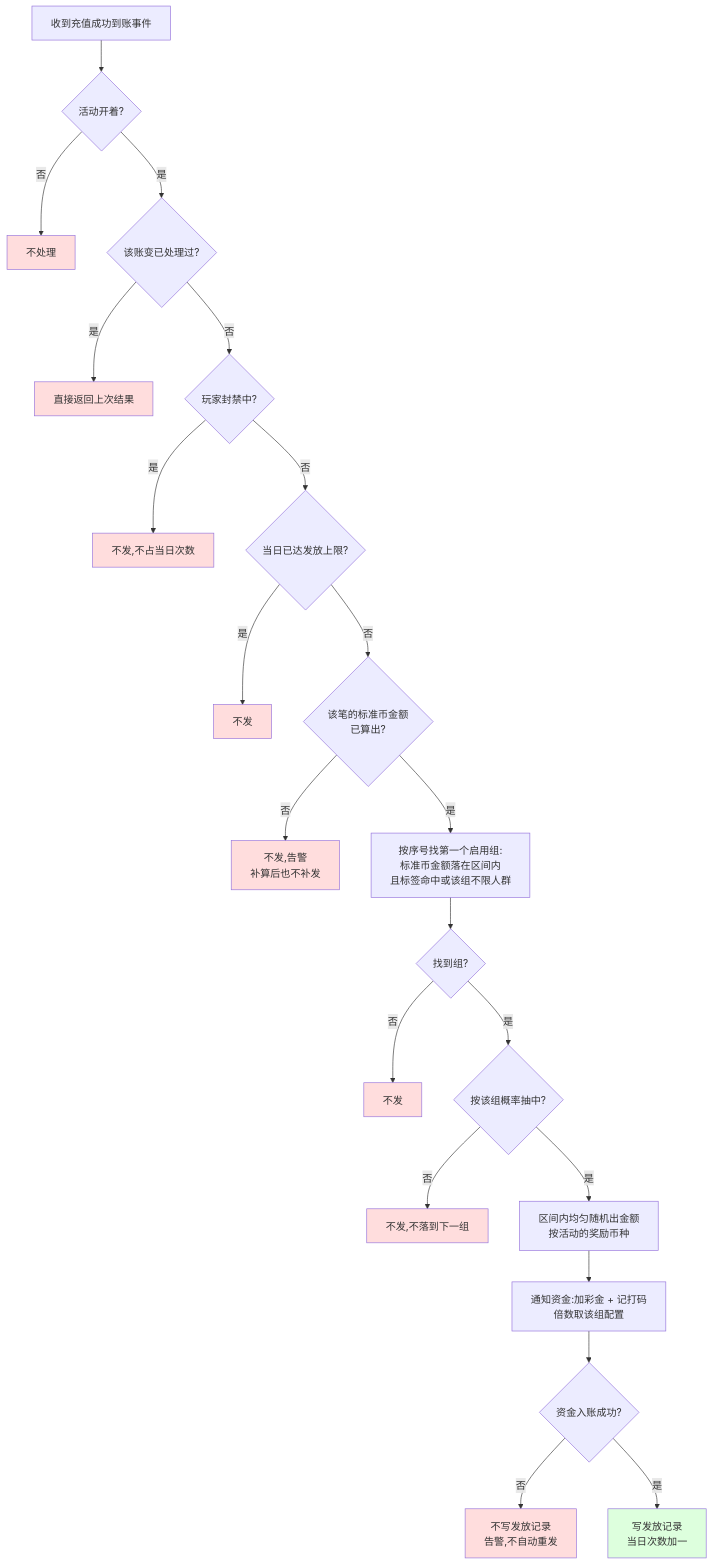
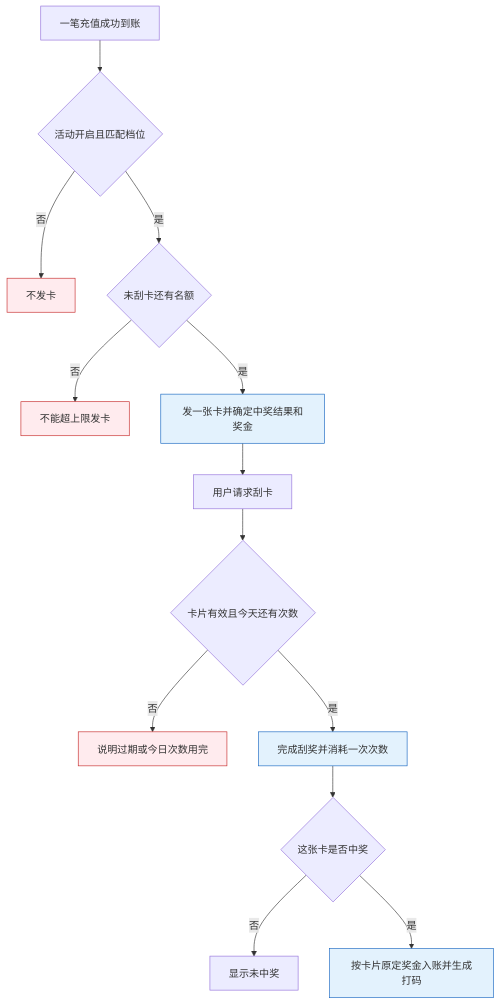
Before and after one commit to bingo-lab-1/bingo-figma: the diagram in M4-活动管理/4.4-刮刮乐/README.md, drawn with Mermaid. The commit also changed other lines of this file and 50 other files, not shown here.

````diff
--- a/M4-活动管理/4.4-刮刮乐/README.md
+++ b/M4-活动管理/4.4-刮刮乐/README.md
@@ -243,32 +111,19 @@
 ```mermaid
 flowchart TD
-    A[收到充值成功到账事件] --> B{活动开着?}
-    B -- 否 --> X1[不处理]
-    B -- 是 --> C{该账变已处理过?}
-    C -- 是 --> X2[直接返回上次结果]
-    C -- 否 --> D{玩家封禁中?}
-    D -- 是 --> X3[不发,不占当日次数]
-    D -- 否 --> E{当日已达发放上限?}
-    E -- 是 --> X4[不发]
-    E -- 否 --> N{该笔的标准币金额<br/>已算出?}
-    N -- 否 --> X8[不发,告警<br/>补算后也不补发]
-    N -- 是 --> F[按序号找第一个启用组:<br/>标准币金额落在区间内<br/>且标签命中或该组不限人群]
-    F --> G{找到组?}
-    G -- 否 --> X5[不发]
-    G -- 是 --> H{按该组概率抽中?}
-    H -- 否 --> X6[不发,不落到下一组]
-    H -- 是 --> I[区间内均匀随机出金额<br/>按活动的奖励币种]
-    I --> J[通知资金:加彩金 + 记打码<br/>倍数取该组配置]
-    J --> K{资金入账成功?}
-    K -- 否 --> X7[不写发放记录<br/>告警,不自动重发]
-    K -- 是 --> L[写发放记录<br/>当日次数加一]
-    style X1 fill:#fdd
-    style X2 fill:#fdd
-    style X3 fill:#fdd
-    style X4 fill:#fdd
-    style X5 fill:#fdd
-    style X6 fill:#fdd
-    style X7 fill:#fdd
-    style X8 fill:#fdd
-    style L fill:#dfd
+    A[一笔充值成功到账] --> B{活动开启且匹配档位}
+    B -->|否| C[不发卡]
+    B -->|是| D{未刮卡还有名额}
+    D -->|否| E[不能超上限发卡]
+    D -->|是| F[发一张卡并确定中奖结果和奖金]
+    F --> G[用户请求刮卡]
+    G --> H{卡片有效且今天还有次数}
+    H -->|否| I[说明过期或今日次数用完]
+    H -->|是| J[完成刮奖并消耗一次次数]
+    J --> K{这张卡是否中奖}
+    K -->|否| L[显示未中奖]
+    K -->|是| M[按卡片原定奖金入账并生成打码]
+    classDef normal fill:#E3F2FD,stroke:#1565C0
+    classDef stop fill:#FFEBEE,stroke:#C62828
+    class F,J,M normal
+    class C,E,I stop
 ```
````
